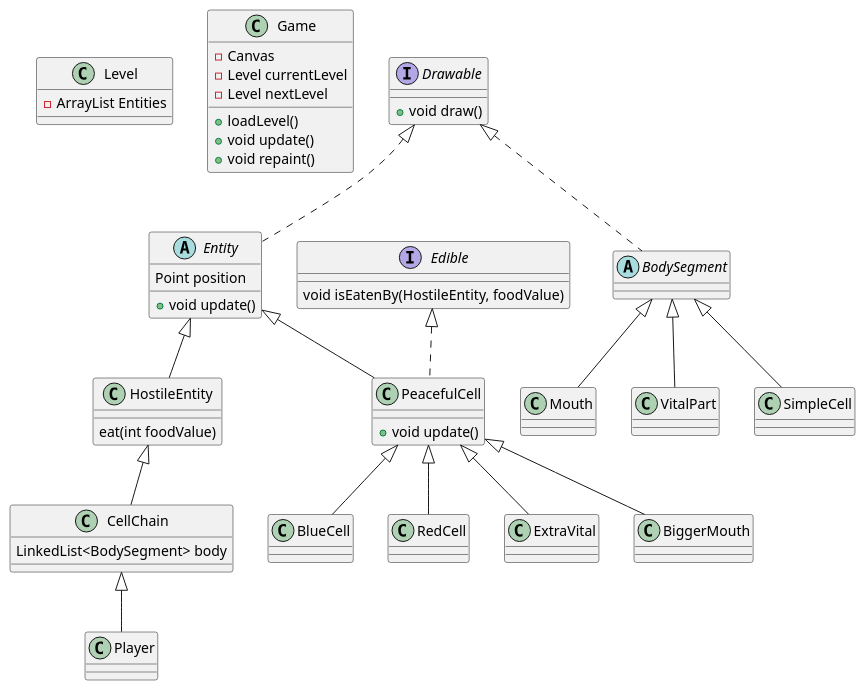
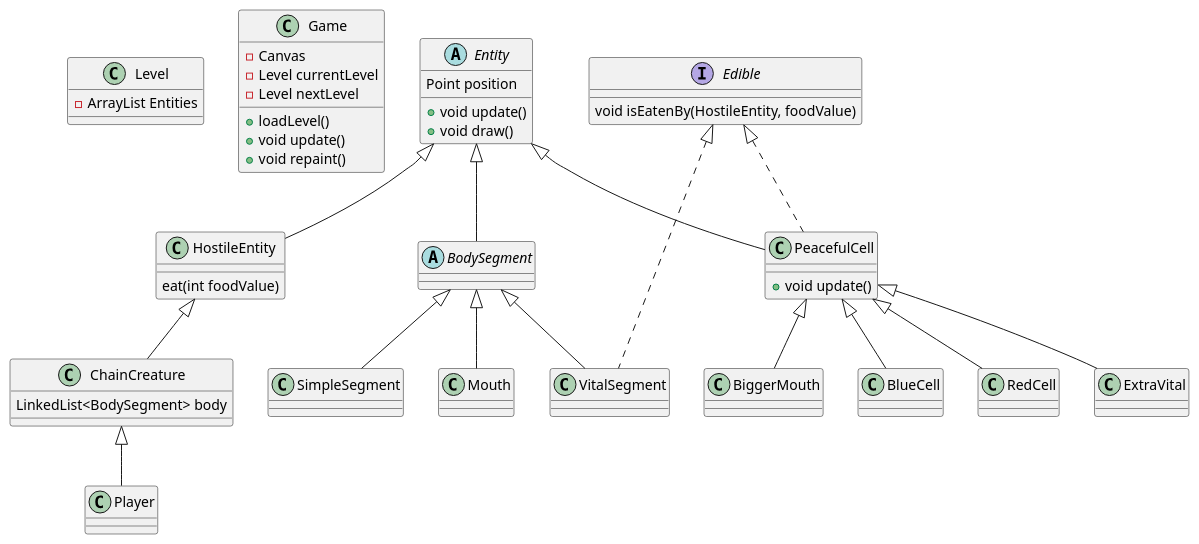
One commit to gb999/flOw changed the diagram in docs/spec/terv.md. Above: the diagram before and after it, drawn with PlantUML. The commit also changed 23 other files, not shown here.

````diff
--- a/docs/spec/terv.md
+++ b/docs/spec/terv.md
@@ -4,58 +4,58 @@
 ```plantuml
 @startuml
 class Level {
     - ArrayList Entities 
 } 
 static class Game {
     - Canvas 
     - Level currentLevel   
     - Level nextLevel
 
     + loadLevel()
     + void update()
     + void repaint()
 }
-interface Drawable {
-    + void draw()
-}
 
-abstract class Entity implements Drawable{
+
+abstract class Entity {
     Point position
 
     + void update()
+    + void draw()
+
 }
 class HostileEntity extends Entity {
     eat(int foodValue)
 }
-class CellChain extends HostileEntity {
+class ChainCreature extends HostileEntity {
     LinkedList<BodySegment> body
 }
-class Player extends CellChain {
+class Player extends ChainCreature {
 
 }
 
 class PeacefulCell extends Entity implements Edible {
     + void update()
 }
 
 class BlueCell extends PeacefulCell 
 class RedCell extends PeacefulCell 
 class ExtraVital extends PeacefulCell
 class BiggerMouth extends PeacefulCell
 
 
 interface Edible {
     void isEatenBy(HostileEntity, foodValue)
 }
 
-abstract BodySegment implements Drawable {
+abstract BodySegment extends Entity {
 
 }
 
 class Mouth extends BodySegment
-class VitalPart extends BodySegment
-class SimpleCell extends BodySegment
+class VitalSegment extends BodySegment implements Edible
+class SimpleSegment extends BodySegment
 
 
 @enduml
 ```
````
